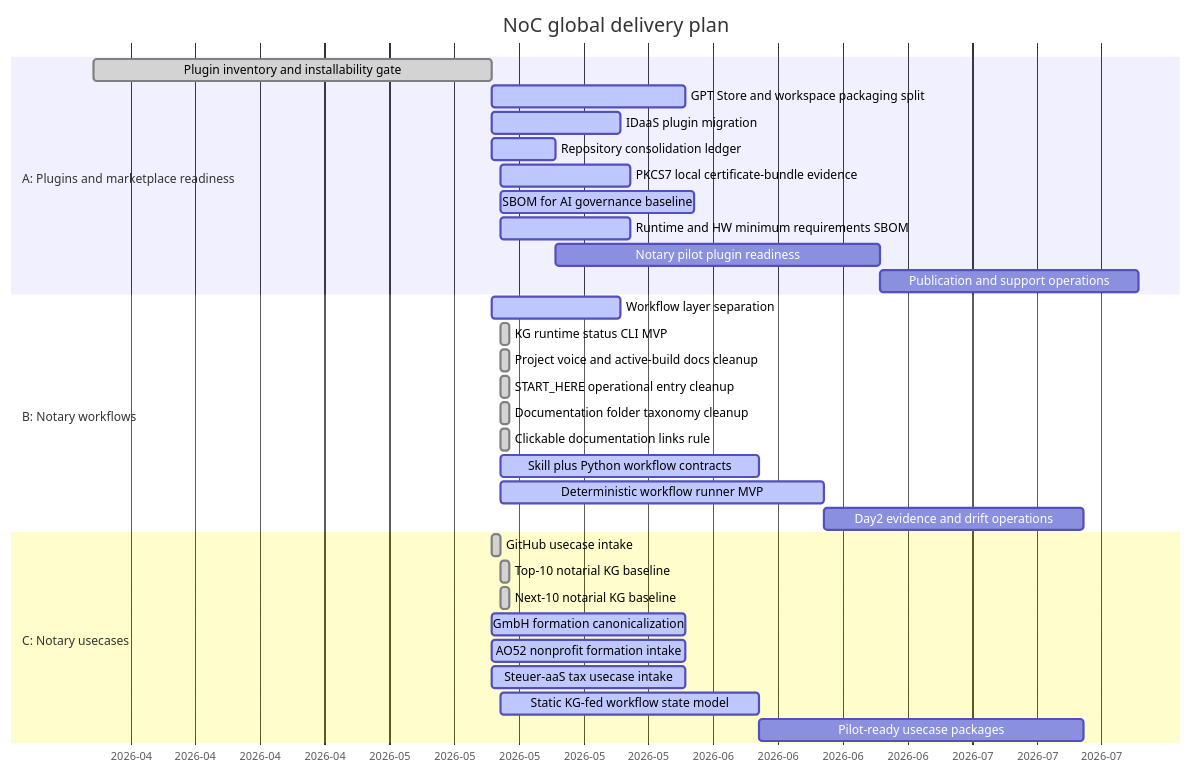
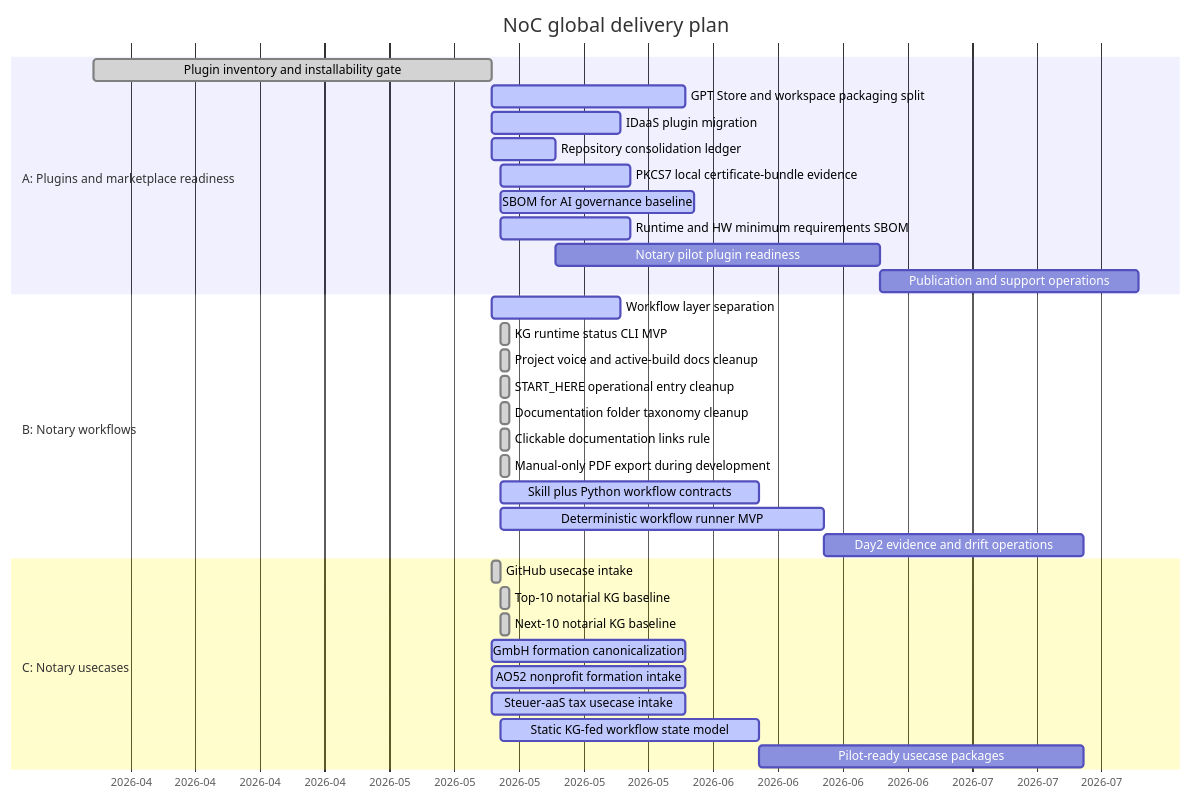
Before and after one commit to notariat8/NaC: the diagram in roadmap/GANTT.md, drawn with Mermaid. The commit also changed other lines of this file and 1 other file, not shown here.

Commit message:
Make documentation PDF export manual

````diff
--- a/roadmap/GANTT.md
+++ b/roadmap/GANTT.md
@@ -12,38 +12,39 @@
 ```mermaid
 gantt
     title NoC global delivery plan
     dateFormat  YYYY-MM-DD
     axisFormat  %Y-%m
 
     section A: Plugins and marketplace readiness
     Plugin inventory and installability gate     :done,    a1, 2026-04-01, 2026-05-14
     GPT Store and workspace packaging split      :active,  a2, 2026-05-14, 21d
     IDaaS plugin migration                       :active,  a3, 2026-05-14, 14d
     Repository consolidation ledger              :active,  a4, 2026-05-14, 7d
     PKCS7 local certificate-bundle evidence      :active,  a4a, 2026-05-15, 14d
     SBOM for AI governance baseline              :active,  a4b, 2026-05-15, 21d
     Runtime and HW minimum requirements SBOM     :active,  a4c, 2026-05-15, 14d
     Notary pilot plugin readiness                :         a5, after a4, 35d
     Publication and support operations           :         a6, after a5, 28d
 
     section B: Notary workflows
     Workflow layer separation                    :active,  b1, 2026-05-14, 14d
     KG runtime status CLI MVP                    :done,    b1a, 2026-05-15, 1d
     Project voice and active-build docs cleanup  :done,    b1b, 2026-05-15, 1d
     START_HERE operational entry cleanup         :done,    b1c, 2026-05-15, 1d
     Documentation folder taxonomy cleanup        :done,    b1d, 2026-05-15, 1d
     Clickable documentation links rule           :done,    b1e, 2026-05-15, 1d
+    Manual-only PDF export during development    :done,    b1f, 2026-05-15, 1d
     Skill plus Python workflow contracts         :active,  b2, 2026-05-15, 28d
     Deterministic workflow runner MVP            :active,  b3, 2026-05-15, 35d
     Day2 evidence and drift operations           :         b4, after b3, 28d
 
     section C: Notary usecases
     GitHub usecase intake                        :done,    c1, 2026-05-14, 1d
     Top-10 notarial KG baseline                  :done,    c2, 2026-05-15, 1d
     Next-10 notarial KG baseline                 :done,    c3, 2026-05-15, 1d
     GmbH formation canonicalization              :active,  c4, 2026-05-14, 21d
     AO52 nonprofit formation intake              :active,  c5, 2026-05-14, 21d
     Steuer-aaS tax usecase intake                :active,  c6, 2026-05-14, 21d
     Static KG-fed workflow state model           :active,  c7, 2026-05-15, 28d
     Pilot-ready usecase packages                 :         c8, after c7, 35d
 ```
````
